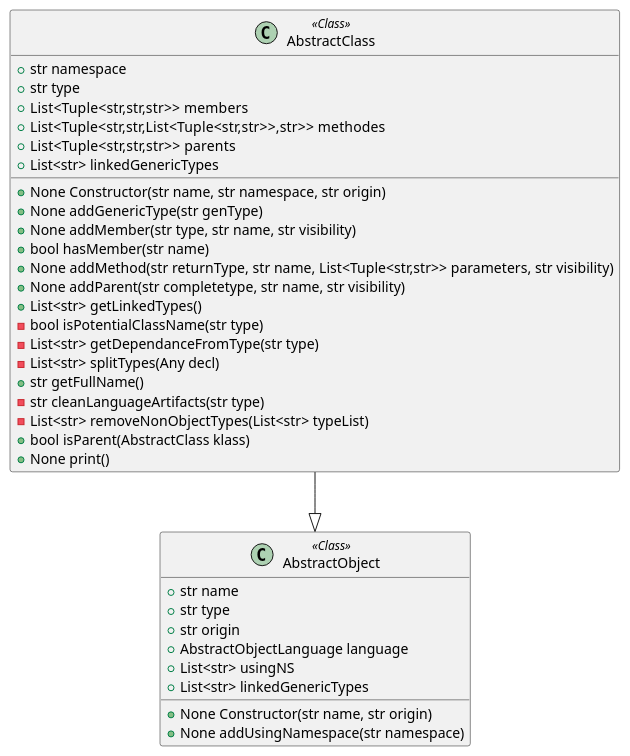
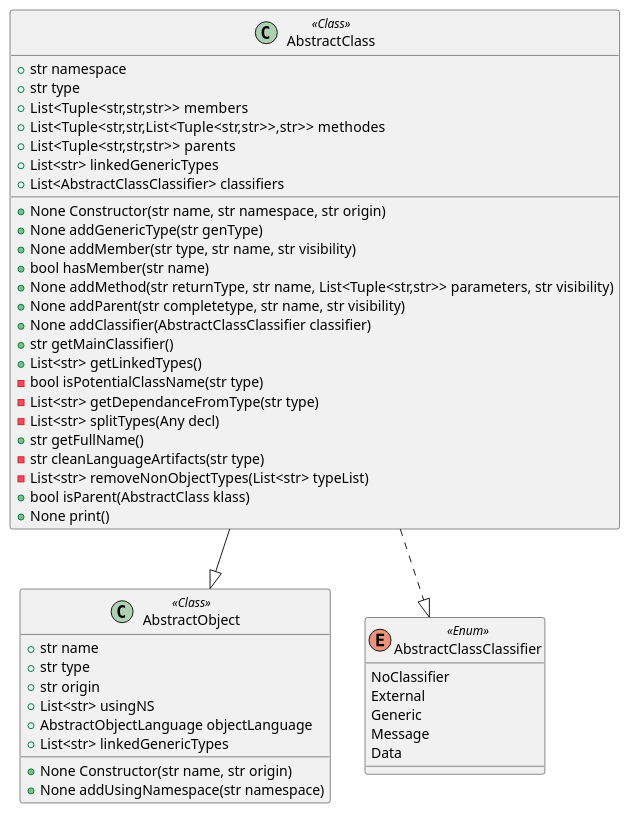
One commit to miong/pycodeanalyzer changed the diagram in docs/source/code/diagrams/pycodeanalyzer_core_abstraction_objects_AbstractClass.plantuml. Above: the diagram before and after it, drawn with PlantUML. The commit also changed 60 other files, not shown here.

```diff
--- a/docs/source/code/diagrams/pycodeanalyzer_core_abstraction_objects_AbstractClass.plantuml
+++ b/docs/source/code/diagrams/pycodeanalyzer_core_abstraction_objects_AbstractClass.plantuml
@@ -1,38 +1,50 @@
 @startuml
 class AbstractClass <<Class>>
 {
 + str namespace
 + str type
 + List<Tuple<str,str,str>> members
 + List<Tuple<str,str,List<Tuple<str,str>>,str>> methodes
 + List<Tuple<str,str,str>> parents
 + List<str> linkedGenericTypes
++ List<AbstractClassClassifier> classifiers
 +None Constructor(str name, str namespace, str origin)
 +None addGenericType(str genType)
 +None addMember(str type, str name, str visibility)
 +bool hasMember(str name)
 +None addMethod(str returnType, str name, List<Tuple<str,str>> parameters, str visibility)
 +None addParent(str completetype, str name, str visibility)
++None addClassifier(AbstractClassClassifier classifier)
++str getMainClassifier()
 +List<str> getLinkedTypes()
 -bool isPotentialClassName(str type)
 -List<str> getDependanceFromType(str type)
 -List<str> splitTypes(Any decl)
 +str getFullName()
 -str cleanLanguageArtifacts(str type)
 -List<str> removeNonObjectTypes(List<str> typeList)
 +bool isParent(AbstractClass klass)
 +None print()
 }
 class AbstractObject <<Class>>
 {
 + str name
 + str type
 + str origin
-+ AbstractObjectLanguage language
 + List<str> usingNS
++ AbstractObjectLanguage objectLanguage
 + List<str> linkedGenericTypes
 +None Constructor(str name, str origin)
 +None addUsingNamespace(str namespace)
 }
+enum AbstractClassClassifier <<Enum>>
+{
+NoClassifier
+External
+Generic
+Message
+Data
+}
 AbstractClass --|> AbstractObject
+AbstractClass ..|> AbstractClassClassifier
 @enduml
```
